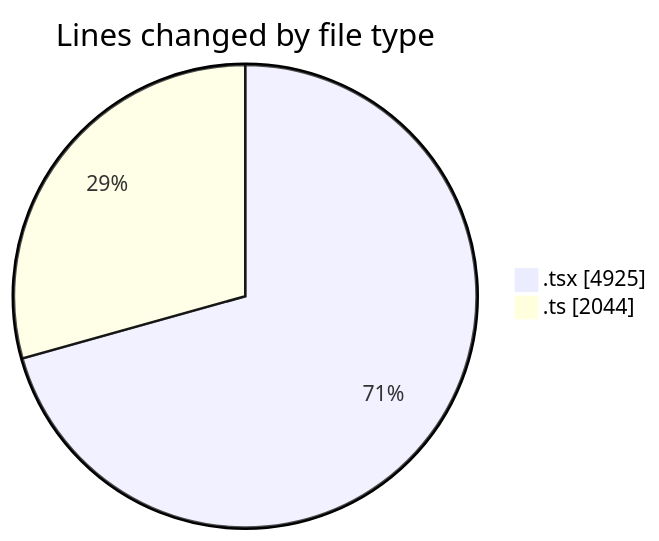
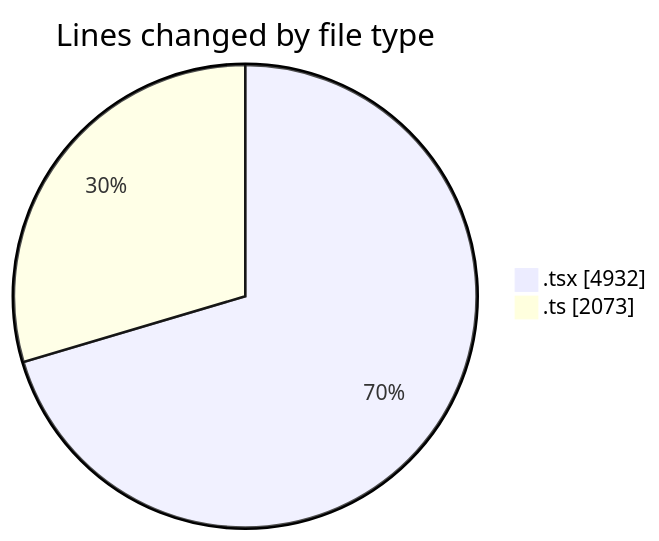
Before and after one commit to nxtqubesakshisongat/code-tracking: the first of 2 diagrams in 2026-02-26/nxtqube_webapp/README.md, drawn with Mermaid. The commit also changed other lines of this file and 1 other file, not shown here.

````diff
--- a/2026-02-26/nxtqube_webapp/README.md
+++ b/2026-02-26/nxtqube_webapp/README.md
@@ -33,6 +33,6 @@
 ```mermaid
 pie showData
 title Lines changed by file type
-".tsx" : 4925
-".ts" : 2044
+".tsx" : 4932
+".ts" : 2073
 ```
````
